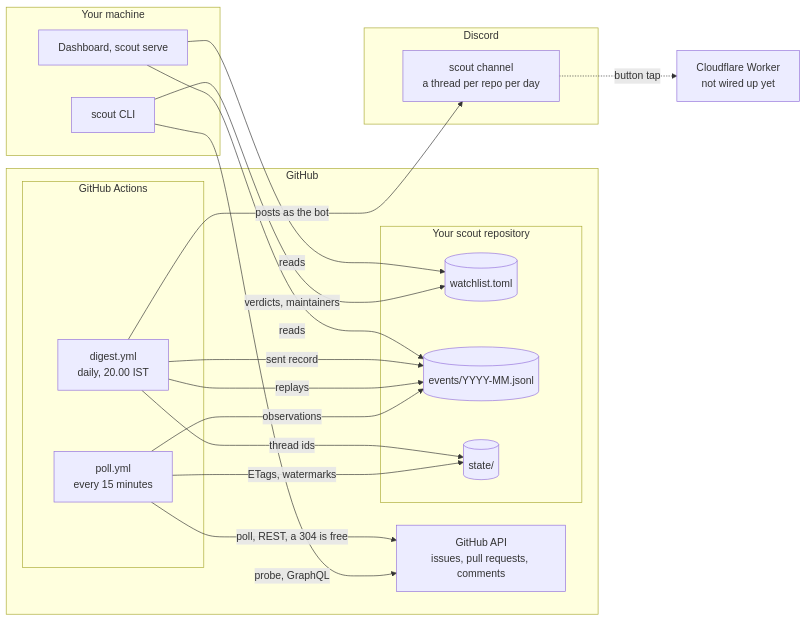
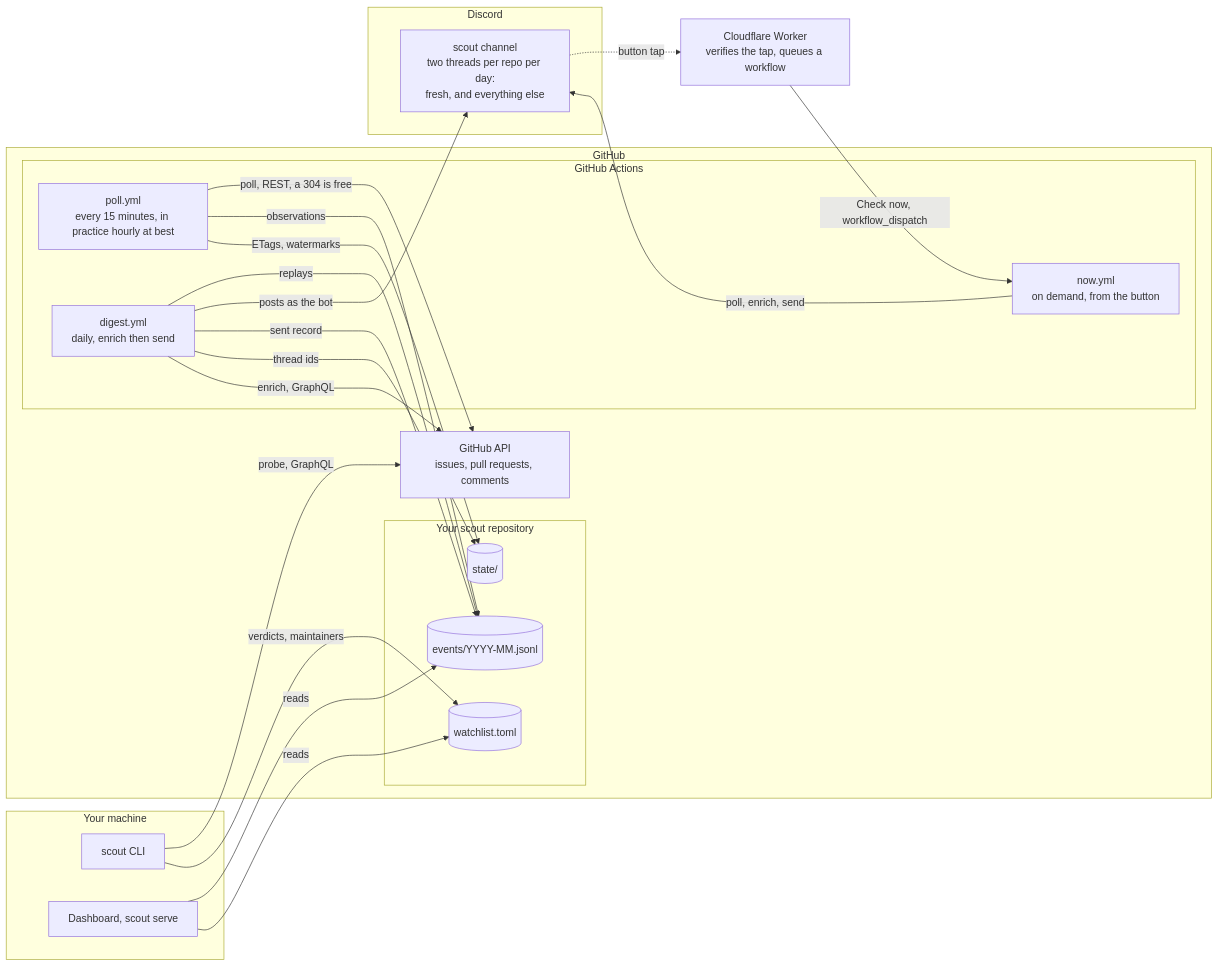
Before and after one commit to t-maypat/scout: the first of 4 diagrams in docs/ARCHITECTURE.md, drawn with Mermaid. The commit also changed other lines of this file and 15 other files, not shown here.

First line of the commit message:
Add fresh-and-free, its own thread, and a Check now button

````diff
--- a/docs/ARCHITECTURE.md
+++ b/docs/ARCHITECTURE.md
@@ -11,39 +11,43 @@
 ```mermaid
 flowchart LR
     subgraph local["Your machine"]
         cli["scout CLI"]
         dash["Dashboard, scout serve"]
     end
 
     subgraph gh["GitHub"]
         api["GitHub API<br/>issues, pull requests, comments"]
         subgraph repo["Your scout repository"]
             wl[("watchlist.toml")]
             log[("events/YYYY-MM.jsonl")]
             st[("state/")]
         end
         subgraph actions["GitHub Actions"]
-            pollwf["poll.yml<br/>every 15 minutes"]
-            digestwf["digest.yml<br/>daily, 20.00 IST"]
+            pollwf["poll.yml<br/>every 15 minutes, in practice hourly at best"]
+            digestwf["digest.yml<br/>daily, enrich then send"]
+            nowwf["now.yml<br/>on demand, from the button"]
         end
     end
 
     subgraph dc["Discord"]
-        chan["scout channel<br/>a thread per repo per day"]
+        chan["scout channel<br/>two threads per repo per day:<br/>fresh, and everything else"]
     end
 
-    worker["Cloudflare Worker<br/>not wired up yet"]
+    worker["Cloudflare Worker<br/>verifies the tap, queues a workflow"]
 
     cli -- "probe, GraphQL" --> api
     cli -- "verdicts, maintainers" --> wl
     pollwf -- "poll, REST, a 304 is free" --> api
     pollwf -- "observations" --> log
     pollwf -- "ETags, watermarks" --> st
     digestwf -- "replays" --> log
     digestwf -- "posts as the bot" --> chan
     digestwf -- "sent record" --> log
     digestwf -- "thread ids" --> st
     dash -- "reads" --> log
     dash -- "reads" --> wl
     chan -. "button tap" .-> worker
+    worker -- "Check now, workflow_dispatch" --> nowwf
+    nowwf -- "poll, enrich, send" --> chan
+    digestwf -- "enrich, GraphQL" --> api
 ```
````
